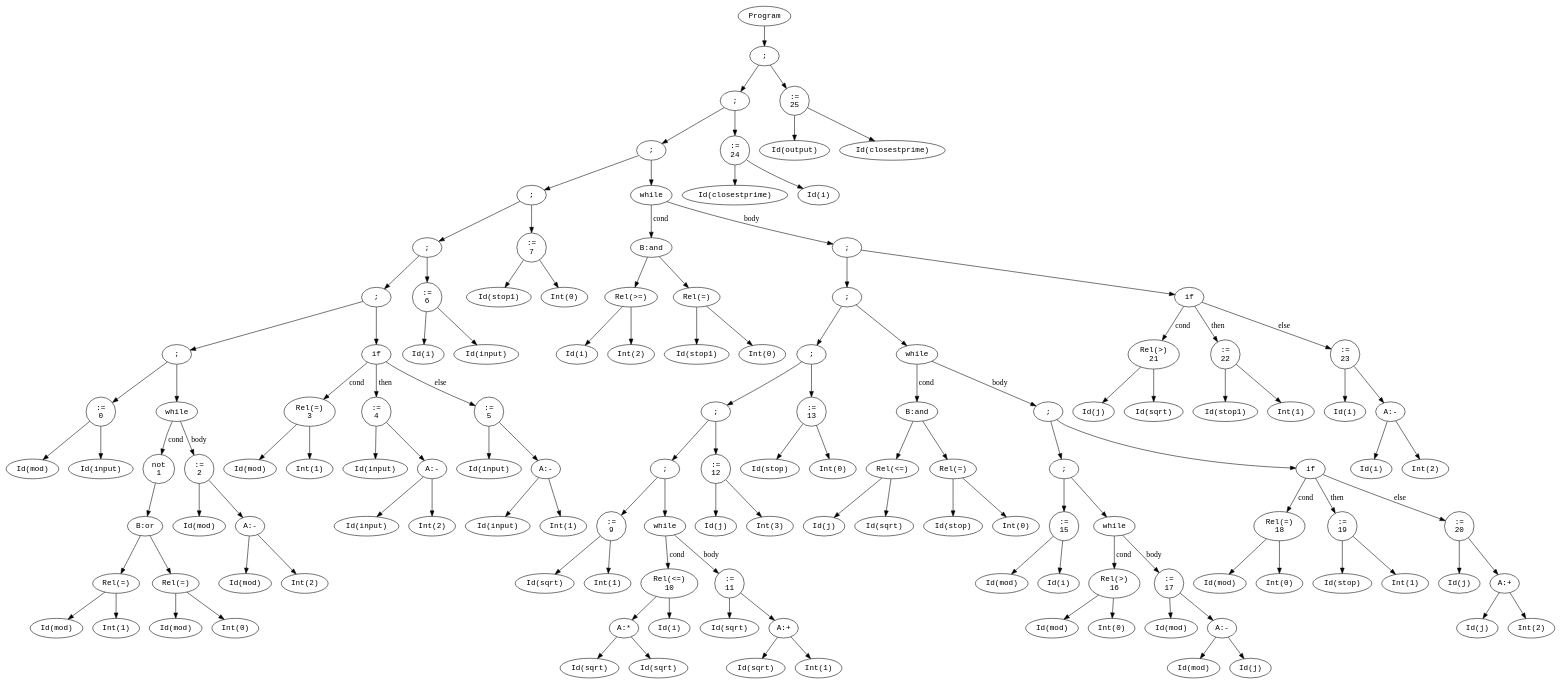
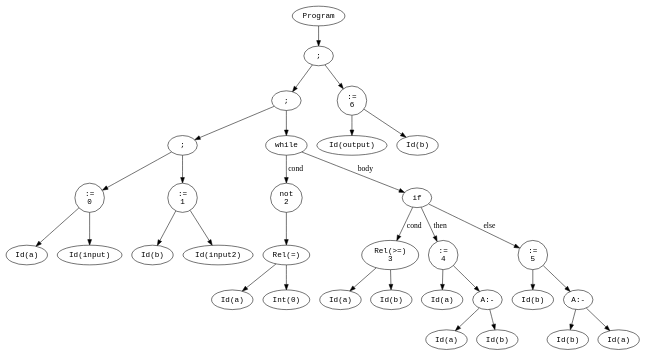
Before and after one commit to CatchSyntaxTerror/Terminators: the diagram in project2/dotfiles/ast.dot, drawn with Graphviz. The commit also changed 10 other files, not shown here.

```diff
--- a/project2/dotfiles/ast.dot
+++ b/project2/dotfiles/ast.dot
@@ -4,259 +4,63 @@
   n2 [label=";"];
   n3 [label=";"];
   n4 [label=";"];
-  n5 [label=";"];
-  n6 [label=";"];
-  n7 [label=";"];
-  n8 [label=";"];
-  n9 [label=":=\n0"];
-  n10 [label="Id(mod)"];
-  n11 [label="Id(input)"];
-  n9 -> n10;
-  n9 -> n11;
-  n12 [label="while"];
-  n13 [label="not\n1"];
-  n14 [label="B:or"];
-  n15 [label="Rel(=)"];
-  n16 [label="Id(mod)"];
-  n17 [label="Int(1)"];
-  n15 -> n16;
-  n15 -> n17;
-  n18 [label="Rel(=)"];
-  n19 [label="Id(mod)"];
-  n20 [label="Int(0)"];
-  n18 -> n19;
-  n18 -> n20;
-  n14 -> n15;
-  n14 -> n18;
+  n5 [label=":=\n0"];
+  n6 [label="Id(a)"];
+  n7 [label="Id(input)"];
+  n5 -> n6;
+  n5 -> n7;
+  n8 [label=":=\n1"];
+  n9 [label="Id(b)"];
+  n10 [label="Id(input2)"];
+  n8 -> n9;
+  n8 -> n10;
+  n4 -> n5;
+  n4 -> n8;
+  n11 [label="while"];
+  n12 [label="not\n2"];
+  n13 [label="Rel(=)"];
+  n14 [label="Id(a)"];
+  n15 [label="Int(0)"];
   n13 -> n14;
-  n21 [label=":=\n2"];
-  n22 [label="Id(mod)"];
-  n23 [label="A:-"];
-  n24 [label="Id(mod)"];
-  n25 [label="Int(2)"];
-  n23 -> n24;
-  n23 -> n25;
-  n21 -> n22;
-  n21 -> n23;
-  n12 -> n13 [label="cond"];
-  n12 -> n21 [label="body"];
-  n8 -> n9;
-  n8 -> n12;
-  n26 [label="if"];
-  n27 [label="Rel(=)\n3"];
-  n28 [label="Id(mod)"];
-  n29 [label="Int(1)"];
+  n13 -> n15;
+  n12 -> n13;
+  n16 [label="if"];
+  n17 [label="Rel(>=)\n3"];
+  n18 [label="Id(a)"];
+  n19 [label="Id(b)"];
+  n17 -> n18;
+  n17 -> n19;
+  n20 [label=":=\n4"];
+  n21 [label="Id(a)"];
+  n22 [label="A:-"];
+  n23 [label="Id(a)"];
+  n24 [label="Id(b)"];
+  n22 -> n23;
+  n22 -> n24;
+  n20 -> n21;
+  n20 -> n22;
+  n25 [label=":=\n5"];
+  n26 [label="Id(b)"];
+  n27 [label="A:-"];
+  n28 [label="Id(b)"];
+  n29 [label="Id(a)"];
   n27 -> n28;
   n27 -> n29;
-  n30 [label=":=\n4"];
-  n31 [label="Id(input)"];
-  n32 [label="A:-"];
-  n33 [label="Id(input)"];
-  n34 [label="Int(2)"];
-  n32 -> n33;
-  n32 -> n34;
+  n25 -> n26;
+  n25 -> n27;
+  n16 -> n17 [label="cond"];
+  n16 -> n20 [label="then"];
+  n16 -> n25 [label="else"];
+  n11 -> n12 [label="cond"];
+  n11 -> n16 [label="body"];
+  n3 -> n4;
+  n3 -> n11;
+  n30 [label=":=\n6"];
+  n31 [label="Id(output)"];
+  n32 [label="Id(b)"];
   n30 -> n31;
   n30 -> n32;
-  n35 [label=":=\n5"];
-  n36 [label="Id(input)"];
-  n37 [label="A:-"];
-  n38 [label="Id(input)"];
-  n39 [label="Int(1)"];
-  n37 -> n38;
-  n37 -> n39;
-  n35 -> n36;
-  n35 -> n37;
-  n26 -> n27 [label="cond"];
-  n26 -> n30 [label="then"];
-  n26 -> n35 [label="else"];
-  n7 -> n8;
-  n7 -> n26;
-  n40 [label=":=\n6"];
-  n41 [label="Id(i)"];
-  n42 [label="Id(input)"];
-  n40 -> n41;
-  n40 -> n42;
-  n6 -> n7;
-  n6 -> n40;
-  n43 [label=":=\n7"];
-  n44 [label="Id(stop1)"];
-  n45 [label="Int(0)"];
-  n43 -> n44;
-  n43 -> n45;
-  n5 -> n6;
-  n5 -> n43;
-  n46 [label="while"];
-  n47 [label="B:and"];
-  n48 [label="Rel(>=)"];
-  n49 [label="Id(i)"];
-  n50 [label="Int(2)"];
-  n48 -> n49;
-  n48 -> n50;
-  n51 [label="Rel(=)"];
-  n52 [label="Id(stop1)"];
-  n53 [label="Int(0)"];
-  n51 -> n52;
-  n51 -> n53;
-  n47 -> n48;
-  n47 -> n51;
-  n54 [label=";"];
-  n55 [label=";"];
-  n56 [label=";"];
-  n57 [label=";"];
-  n58 [label=";"];
-  n59 [label=":=\n9"];
-  n60 [label="Id(sqrt)"];
-  n61 [label="Int(1)"];
-  n59 -> n60;
-  n59 -> n61;
-  n62 [label="while"];
-  n63 [label="Rel(<=)\n10"];
-  n64 [label="A:*"];
-  n65 [label="Id(sqrt)"];
-  n66 [label="Id(sqrt)"];
-  n64 -> n65;
-  n64 -> n66;
-  n67 [label="Id(i)"];
-  n63 -> n64;
-  n63 -> n67;
-  n68 [label=":=\n11"];
-  n69 [label="Id(sqrt)"];
-  n70 [label="A:+"];
-  n71 [label="Id(sqrt)"];
-  n72 [label="Int(1)"];
-  n70 -> n71;
-  n70 -> n72;
-  n68 -> n69;
-  n68 -> n70;
-  n62 -> n63 [label="cond"];
-  n62 -> n68 [label="body"];
-  n58 -> n59;
-  n58 -> n62;
-  n73 [label=":=\n12"];
-  n74 [label="Id(j)"];
-  n75 [label="Int(3)"];
-  n73 -> n74;
-  n73 -> n75;
-  n57 -> n58;
-  n57 -> n73;
-  n76 [label=":=\n13"];
-  n77 [label="Id(stop)"];
-  n78 [label="Int(0)"];
-  n76 -> n77;
-  n76 -> n78;
-  n56 -> n57;
-  n56 -> n76;
-  n79 [label="while"];
-  n80 [label="B:and"];
-  n81 [label="Rel(<=)"];
-  n82 [label="Id(j)"];
-  n83 [label="Id(sqrt)"];
-  n81 -> n82;
-  n81 -> n83;
-  n84 [label="Rel(=)"];
-  n85 [label="Id(stop)"];
-  n86 [label="Int(0)"];
-  n84 -> n85;
-  n84 -> n86;
-  n80 -> n81;
-  n80 -> n84;
-  n87 [label=";"];
-  n88 [label=";"];
-  n89 [label=":=\n15"];
-  n90 [label="Id(mod)"];
-  n91 [label="Id(i)"];
-  n89 -> n90;
-  n89 -> n91;
-  n92 [label="while"];
-  n93 [label="Rel(>)\n16"];
-  n94 [label="Id(mod)"];
-  n95 [label="Int(0)"];
-  n93 -> n94;
-  n93 -> n95;
-  n96 [label=":=\n17"];
-  n97 [label="Id(mod)"];
-  n98 [label="A:-"];
-  n99 [label="Id(mod)"];
-  n100 [label="Id(j)"];
-  n98 -> n99;
-  n98 -> n100;
-  n96 -> n97;
-  n96 -> n98;
-  n92 -> n93 [label="cond"];
-  n92 -> n96 [label="body"];
-  n88 -> n89;
-  n88 -> n92;
-  n101 [label="if"];
-  n102 [label="Rel(=)\n18"];
-  n103 [label="Id(mod)"];
-  n104 [label="Int(0)"];
-  n102 -> n103;
-  n102 -> n104;
-  n105 [label=":=\n19"];
-  n106 [label="Id(stop)"];
-  n107 [label="Int(1)"];
-  n105 -> n106;
-  n105 -> n107;
-  n108 [label=":=\n20"];
-  n109 [label="Id(j)"];
-  n110 [label="A:+"];
-  n111 [label="Id(j)"];
-  n112 [label="Int(2)"];
-  n110 -> n111;
-  n110 -> n112;
-  n108 -> n109;
-  n108 -> n110;
-  n101 -> n102 [label="cond"];
-  n101 -> n105 [label="then"];
-  n101 -> n108 [label="else"];
-  n87 -> n88;
-  n87 -> n101;
-  n79 -> n80 [label="cond"];
-  n79 -> n87 [label="body"];
-  n55 -> n56;
-  n55 -> n79;
-  n113 [label="if"];
-  n114 [label="Rel(>)\n21"];
-  n115 [label="Id(j)"];
-  n116 [label="Id(sqrt)"];
-  n114 -> n115;
-  n114 -> n116;
-  n117 [label=":=\n22"];
-  n118 [label="Id(stop1)"];
-  n119 [label="Int(1)"];
-  n117 -> n118;
-  n117 -> n119;
-  n120 [label=":=\n23"];
-  n121 [label="Id(i)"];
-  n122 [label="A:-"];
-  n123 [label="Id(i)"];
-  n124 [label="Int(2)"];
-  n122 -> n123;
-  n122 -> n124;
-  n120 -> n121;
-  n120 -> n122;
-  n113 -> n114 [label="cond"];
-  n113 -> n117 [label="then"];
-  n113 -> n120 [label="else"];
-  n54 -> n55;
-  n54 -> n113;
-  n46 -> n47 [label="cond"];
-  n46 -> n54 [label="body"];
-  n4 -> n5;
-  n4 -> n46;
-  n125 [label=":=\n24"];
-  n126 [label="Id(closestprime)"];
-  n127 [label="Id(i)"];
-  n125 -> n126;
-  n125 -> n127;
-  n3 -> n4;
-  n3 -> n125;
-  n128 [label=":=\n25"];
-  n129 [label="Id(output)"];
-  n130 [label="Id(closestprime)"];
-  n128 -> n129;
-  n128 -> n130;
   n2 -> n3;
-  n2 -> n128;
+  n2 -> n30;
   n1 -> n2;
 }
```
